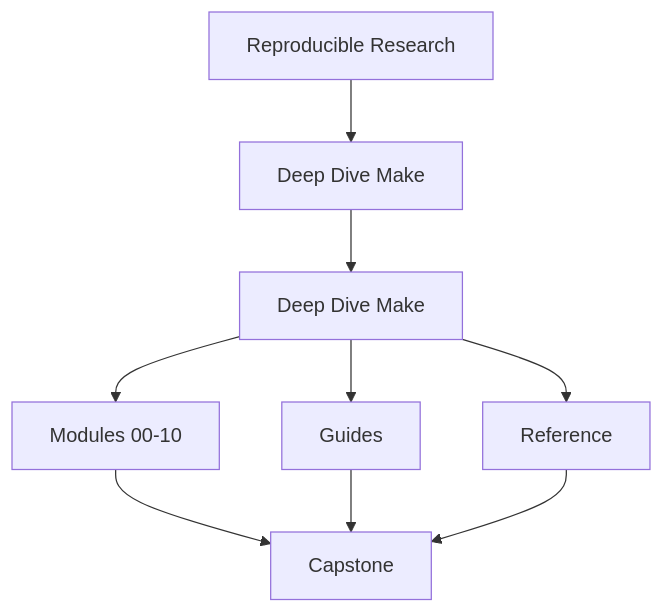
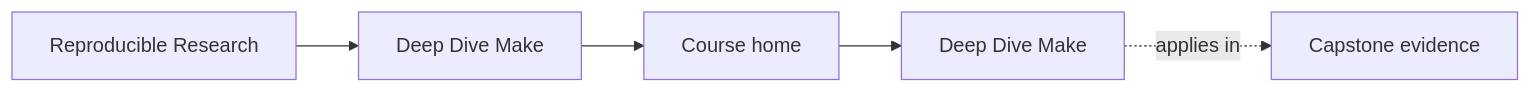
The first of 2 diagrams in programs/reproducible-research/deep-dive-make/course-book/index.md (bijux/bijux-masterclass), drawn with Mermaid before and after one commit. The commit also changed other lines of this file and 146 other files, not shown here.

Commit message:
docs(deep-dive-make): map build truth and release review surfaces

````diff
--- a/programs/reproducible-research/deep-dive-make/course-book/index.md
+++ b/programs/reproducible-research/deep-dive-make/course-book/index.md
@@ -6,11 +6,11 @@
 ```mermaid
-flowchart TD
-  family["Reproducible Research"] --> program["Deep Dive Make"]
-  program --> home["Deep Dive Make"]
-  home --> modules["Modules 00-10"]
-  home --> guides["Guides"]
-  home --> reference["Reference"]
-  modules --> capstone["Capstone"]
-  guides --> capstone
-  reference --> capstone
+graph LR
+  family["Reproducible Research"]
+  program["Deep Dive Make"]
+  section["Course home"]
+  page["Deep Dive Make"]
+  capstone["Capstone evidence"]
+
+  family --> program --> section --> page
+  page -.applies in.-> capstone
 ```
````
